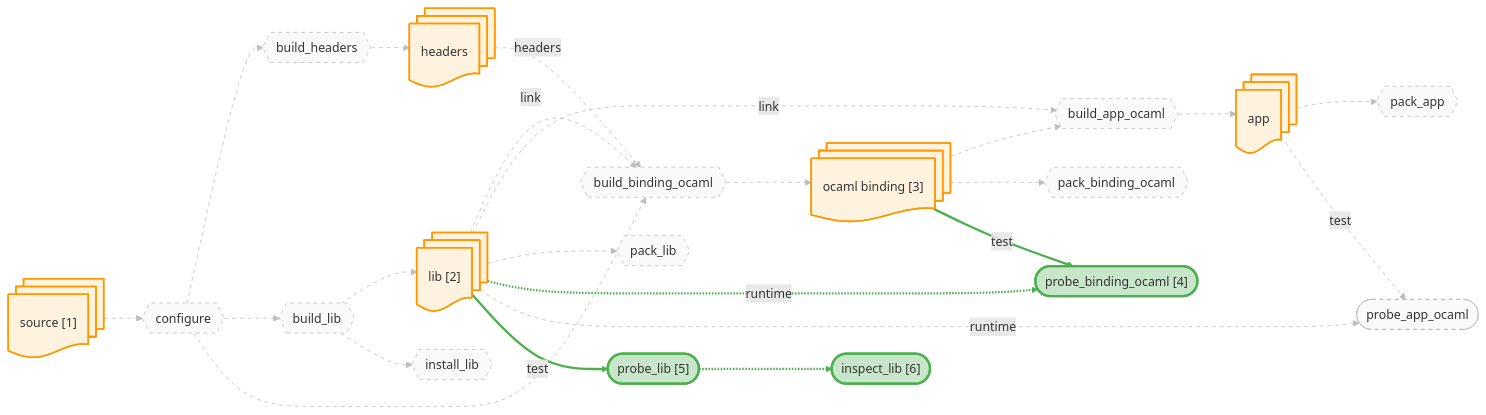
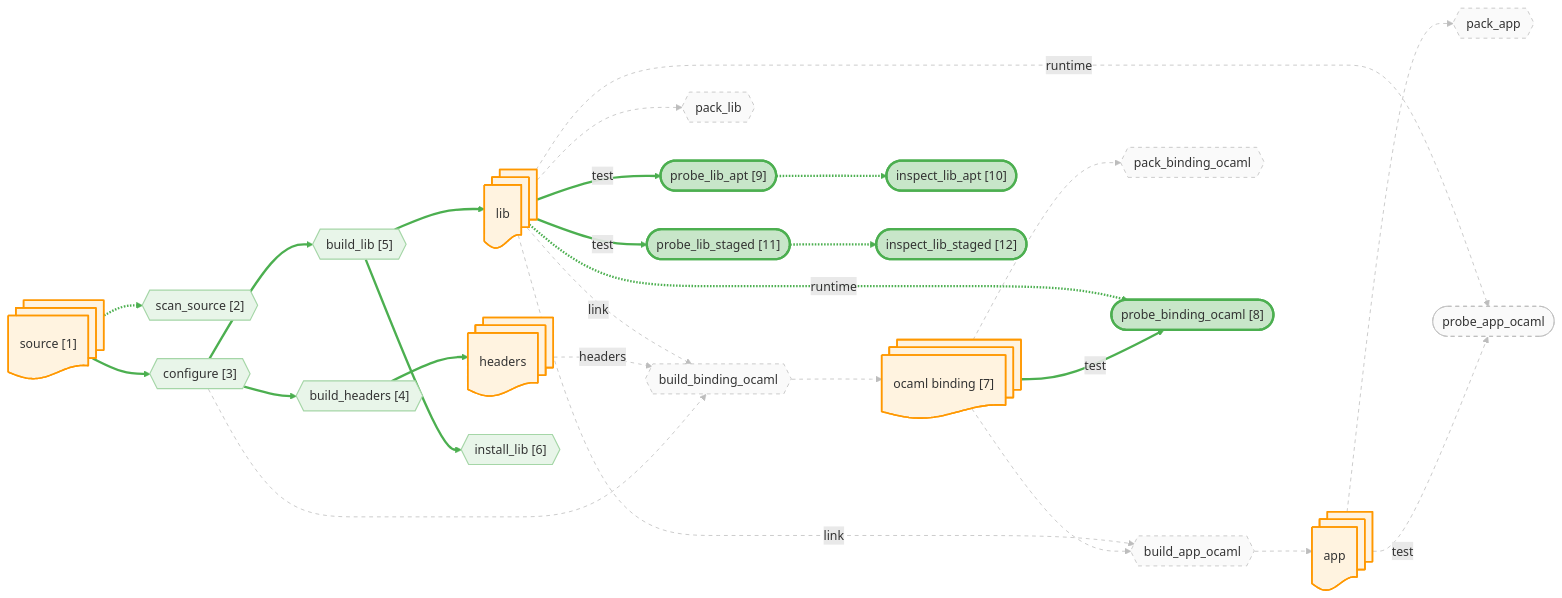
Before and after one commit to JHU-PL-Lab/tola: the diagram in docs/canary/projects/z3/-run/diagrams/probes.mmd, drawn with Mermaid. The commit also changed 231 other files, not shown here.

```diff
--- a/docs/canary/projects/z3/-run/diagrams/probes.mmd
+++ b/docs/canary/projects/z3/-run/diagrams/probes.mmd
@@ -1,89 +1,101 @@
 %% view: probes
 graph LR
     source_node@{ shape: docs, label: "source [1]" }
     headers_node@{ shape: docs, label: "headers" }
-    lib_node@{ shape: docs, label: "lib [2]" }
+    lib_node@{ shape: docs, label: "lib" }
     app_node@{ shape: docs, label: "app" }
-    ocaml_binding_node@{ shape: docs, label: "ocaml binding [3]" }
+    ocaml_binding_node@{ shape: docs, label: "ocaml binding [7]" }
 
-    A_configure{{"configure"}}
-    A_build_headers{{"build_headers"}}
-    A_build_lib{{"build_lib"}}
+    A_scan_source{{"scan_source [2]"}}
+    A_configure{{"configure [3]"}}
+    A_build_headers{{"build_headers [4]"}}
+    A_build_lib{{"build_lib [5]"}}
     A_build_binding_ocaml{{"build_binding_ocaml"}}
     A_build_app_ocaml{{"build_app_ocaml"}}
-    A_install_lib{{"install_lib"}}
+    A_install_lib{{"install_lib [6]"}}
     A_pack_binding_ocaml{{"pack_binding_ocaml"}}
     A_pack_lib{{"pack_lib"}}
     A_pack_app{{"pack_app"}}
-    A_probe_binding_ocaml(["probe_binding_ocaml [4]"])
+    A_probe_binding_ocaml(["probe_binding_ocaml [8]"])
     A_probe_app_ocaml(["probe_app_ocaml"])
-    A_probe_lib(["probe_lib [5]"])
-    A_probe_lib_inspect(["inspect_lib [6]"])
+    A_probe_lib_apt(["probe_lib_apt [9]"])
+    A_probe_lib_staged(["probe_lib_staged [11]"])
+    A_probe_lib_apt_inspect(["inspect_lib_apt [10]"])
+    A_probe_lib_staged_inspect(["inspect_lib_staged [12]"])
 
+    source_node -.-> A_scan_source
     source_node --> A_configure
     A_configure --> A_build_headers
     A_build_headers --> headers_node
     A_configure --> A_build_lib
     A_build_lib --> lib_node
     A_configure --> A_build_binding_ocaml
     headers_node -.->|headers| A_build_binding_ocaml
     lib_node -.->|link| A_build_binding_ocaml
     A_build_binding_ocaml --> ocaml_binding_node
     ocaml_binding_node --> A_build_app_ocaml
     lib_node -.->|link| A_build_app_ocaml
     A_build_app_ocaml --> app_node
     A_build_lib --> A_install_lib
     ocaml_binding_node --> A_pack_binding_ocaml
     lib_node --> A_pack_lib
     app_node --> A_pack_app
     ocaml_binding_node -->|test| A_probe_binding_ocaml
     lib_node -.->|runtime| A_probe_binding_ocaml
     app_node -->|test| A_probe_app_ocaml
     lib_node -.->|runtime| A_probe_app_ocaml
-    lib_node -->|test| A_probe_lib
-    A_probe_lib -.-> A_probe_lib_inspect
+    lib_node -->|test| A_probe_lib_apt
+    lib_node -->|test| A_probe_lib_staged
+    A_probe_lib_apt -.-> A_probe_lib_apt_inspect
+    A_probe_lib_staged -.-> A_probe_lib_staged_inspect
 
     classDef artifact fill:#fff3e0,stroke:#ff9800,stroke-width:2px
     classDef action fill:#f3e5f5,stroke:#9c27b0,stroke-width:2px
     classDef st_done fill:#c8e6c9,stroke:#4caf50,stroke-width:3px
     classDef st_done_ctx fill:#e8f5e9,stroke:#a5d6a7,stroke-width:1.5px
     classDef st_expected_fail fill:#fff9c4,stroke:#f9a825,stroke-width:2px
     classDef st_failed fill:#ffcdd2,stroke:#c62828,stroke-width:2px
     classDef st_skipped fill:#f5f5f5,stroke:#9e9e9e,stroke-dasharray:5
     classDef st_nospec fill:#fafafa,stroke:#bdbdbd,stroke-dasharray:5
     class source_node,headers_node,lib_node,app_node,ocaml_binding_node artifact
-    class A_configure st_nospec
-    class A_build_headers st_nospec
-    class A_build_lib st_nospec
+    class A_scan_source st_done_ctx
+    class A_configure st_done_ctx
+    class A_build_headers st_done_ctx
+    class A_build_lib st_done_ctx
     class A_build_binding_ocaml st_nospec
     class A_build_app_ocaml st_nospec
-    class A_install_lib st_nospec
+    class A_install_lib st_done_ctx
     class A_pack_binding_ocaml st_nospec
     class A_pack_lib st_nospec
     class A_pack_app st_nospec
     class A_probe_binding_ocaml st_done
     class A_probe_app_ocaml st_nospec
-    class A_probe_lib st_done
-    class A_probe_lib_inspect st_done
-    linkStyle 0 stroke:#bdbdbd,stroke-width:1px,stroke-dasharray:5
-    linkStyle 1 stroke:#bdbdbd,stroke-width:1px,stroke-dasharray:5
-    linkStyle 2 stroke:#bdbdbd,stroke-width:1px,stroke-dasharray:5
-    linkStyle 3 stroke:#bdbdbd,stroke-width:1px,stroke-dasharray:5
-    linkStyle 4 stroke:#bdbdbd,stroke-width:1px,stroke-dasharray:5
-    linkStyle 5 stroke:#bdbdbd,stroke-width:1px,stroke-dasharray:5
+    class A_probe_lib_apt st_done
+    class A_probe_lib_staged st_done
+    class A_probe_lib_apt_inspect st_done
+    class A_probe_lib_staged_inspect st_done
+    linkStyle 0 stroke:#4caf50,stroke-width:3px
+    linkStyle 1 stroke:#4caf50,stroke-width:3px
+    linkStyle 2 stroke:#4caf50,stroke-width:3px
+    linkStyle 3 stroke:#4caf50,stroke-width:3px
+    linkStyle 4 stroke:#4caf50,stroke-width:3px
+    linkStyle 5 stroke:#4caf50,stroke-width:3px
     linkStyle 6 stroke:#bdbdbd,stroke-width:1px,stroke-dasharray:5
     linkStyle 7 stroke:#bdbdbd,stroke-width:1px,stroke-dasharray:5
     linkStyle 8 stroke:#bdbdbd,stroke-width:1px,stroke-dasharray:5
     linkStyle 9 stroke:#bdbdbd,stroke-width:1px,stroke-dasharray:5
     linkStyle 10 stroke:#bdbdbd,stroke-width:1px,stroke-dasharray:5
     linkStyle 11 stroke:#bdbdbd,stroke-width:1px,stroke-dasharray:5
     linkStyle 12 stroke:#bdbdbd,stroke-width:1px,stroke-dasharray:5
-    linkStyle 13 stroke:#bdbdbd,stroke-width:1px,stroke-dasharray:5
+    linkStyle 13 stroke:#4caf50,stroke-width:3px
     linkStyle 14 stroke:#bdbdbd,stroke-width:1px,stroke-dasharray:5
     linkStyle 15 stroke:#bdbdbd,stroke-width:1px,stroke-dasharray:5
-    linkStyle 16 stroke:#4caf50,stroke-width:3px
+    linkStyle 16 stroke:#bdbdbd,stroke-width:1px,stroke-dasharray:5
     linkStyle 17 stroke:#4caf50,stroke-width:3px
-    linkStyle 18 stroke:#bdbdbd,stroke-width:1px,stroke-dasharray:5
+    linkStyle 18 stroke:#4caf50,stroke-width:3px
     linkStyle 19 stroke:#bdbdbd,stroke-width:1px,stroke-dasharray:5
-    linkStyle 20 stroke:#4caf50,stroke-width:3px
+    linkStyle 20 stroke:#bdbdbd,stroke-width:1px,stroke-dasharray:5
     linkStyle 21 stroke:#4caf50,stroke-width:3px
+    linkStyle 22 stroke:#4caf50,stroke-width:3px
+    linkStyle 23 stroke:#4caf50,stroke-width:3px
+    linkStyle 24 stroke:#4caf50,stroke-width:3px
```
